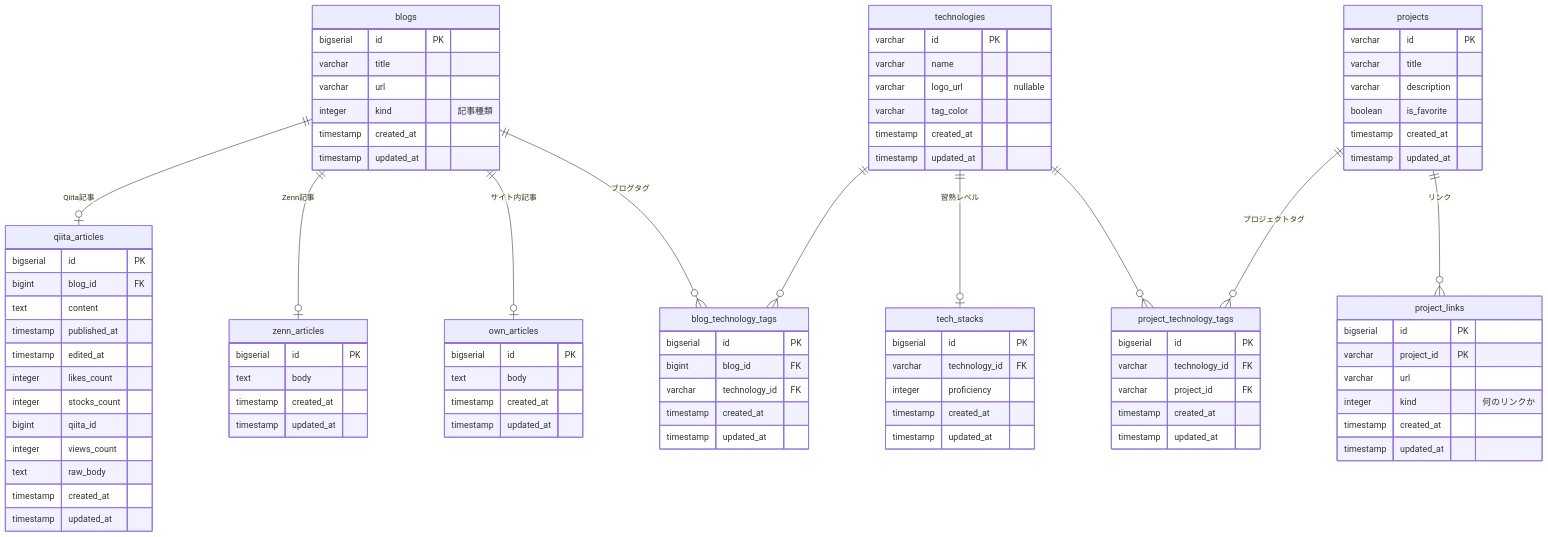
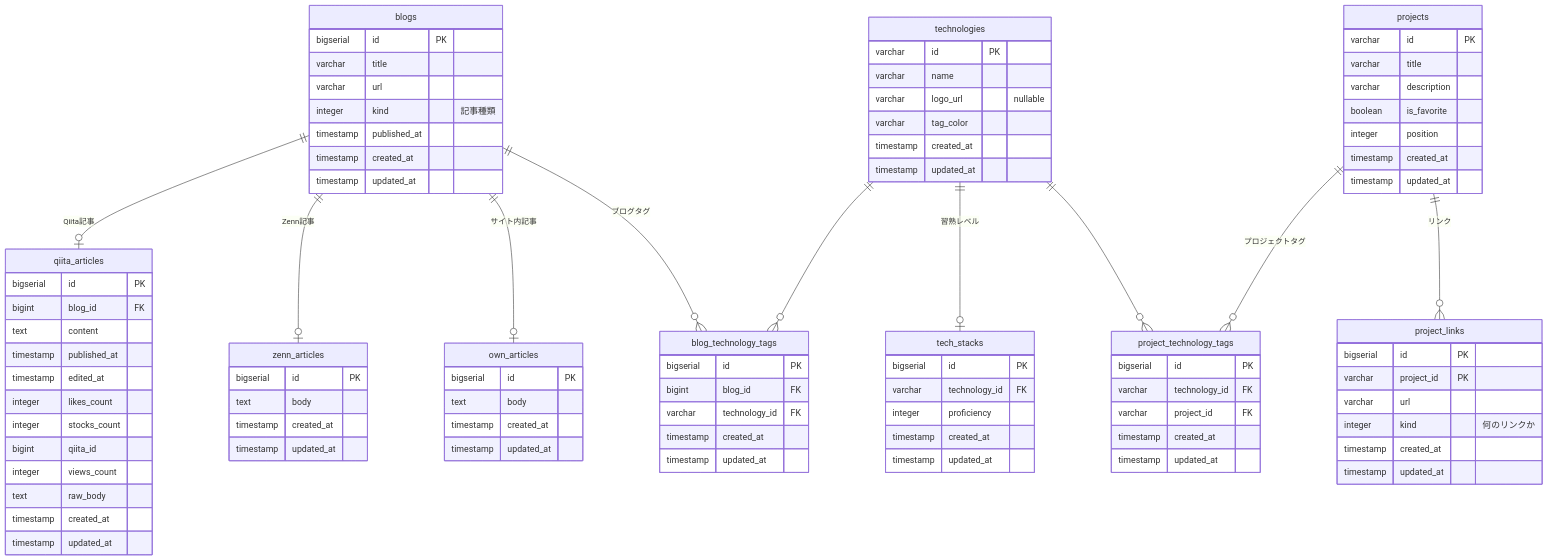
One commit to piny940/portfolio changed the diagram in db/er/portfolio.md. Above: the diagram before and after it, drawn with Mermaid. The commit also changed 1 other file, not shown here.

Commit message:
table作成のsql文を作成

```diff
--- a/db/er/portfolio.md
+++ b/db/er/portfolio.md
@@ -15,6 +15,7 @@
     varchar title
     varchar url
     integer kind "記事種類"
+    timestamp published_at
     timestamp created_at
     timestamp updated_at
   }
@@ -64,6 +65,7 @@
     varchar title
     varchar description
     boolean is_favorite
+    integer position
     timestamp created_at
     timestamp updated_at
   }
```
